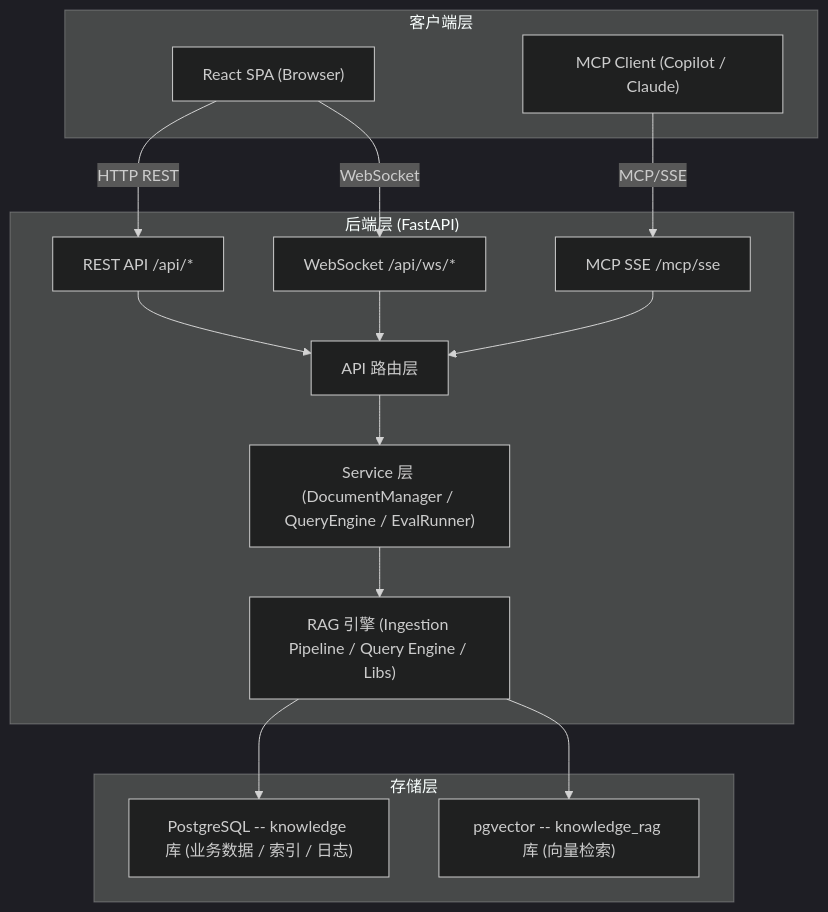
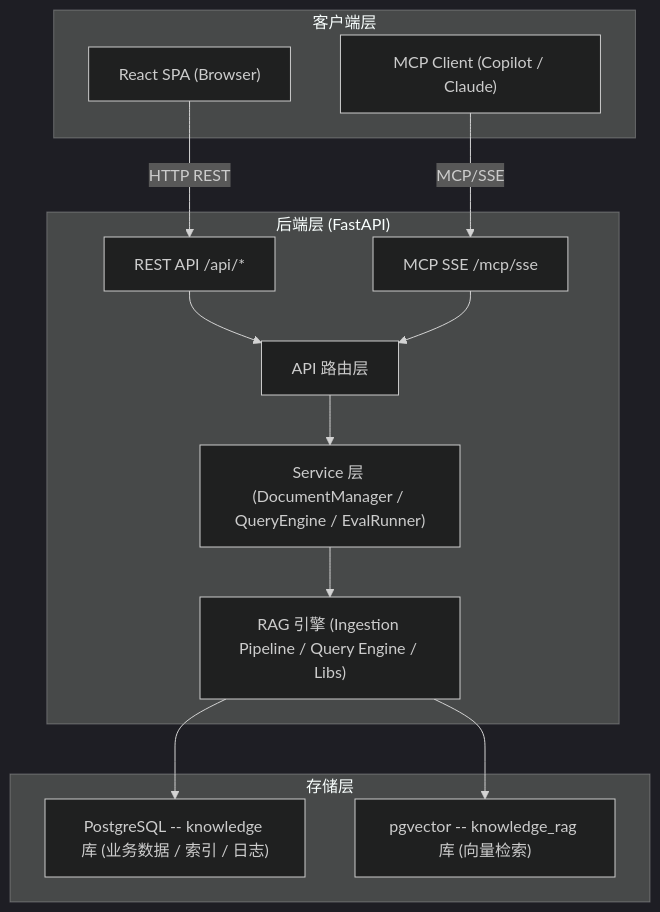
One commit to vic-ai-dev/knowledge-service changed the first of 12 diagrams in DEV_SPEC.md. Above: the diagram before and after it, drawn with Mermaid (dark theme). The commit also changed other lines of this file and 180 other files, not shown here.

````diff
--- a/DEV_SPEC.md
+++ b/DEV_SPEC.md
@@ -24,32 +24,30 @@
 ```mermaid
 graph TB
     subgraph Clients["客户端层"]
         REACT["React SPA (Browser)"]
         MCPC["MCP Client (Copilot / Claude)"]
     end
 
     subgraph BE["后端层 (FastAPI)"]
         REST["REST API /api/*"]
         MCP_SRV["MCP SSE /mcp/sse"]
-        WS_SRV["WebSocket /api/ws/*"]
+        
         API_Layer["API 路由层"]
         Srv["Service 层 (DocumentManager / QueryEngine / EvalRunner)"]
         RAG["RAG 引擎 (Ingestion Pipeline / Query Engine / Libs)"]
     end
 
     subgraph Storage["存储层"]
         PG["PostgreSQL -- knowledge 库 (业务数据 / 索引 / 日志)"]
         PGV["pgvector -- knowledge_rag 库 (向量检索)"]
     end
 
     REACT -->|HTTP REST| REST
     MCPC -->|MCP/SSE| MCP_SRV
-    REACT -->|WebSocket| WS_SRV
     REST --> API_Layer
     MCP_SRV --> API_Layer
-    WS_SRV --> API_Layer
     API_Layer --> Srv
     Srv --> RAG
     RAG --> PG
     RAG --> PGV
 ```
````
